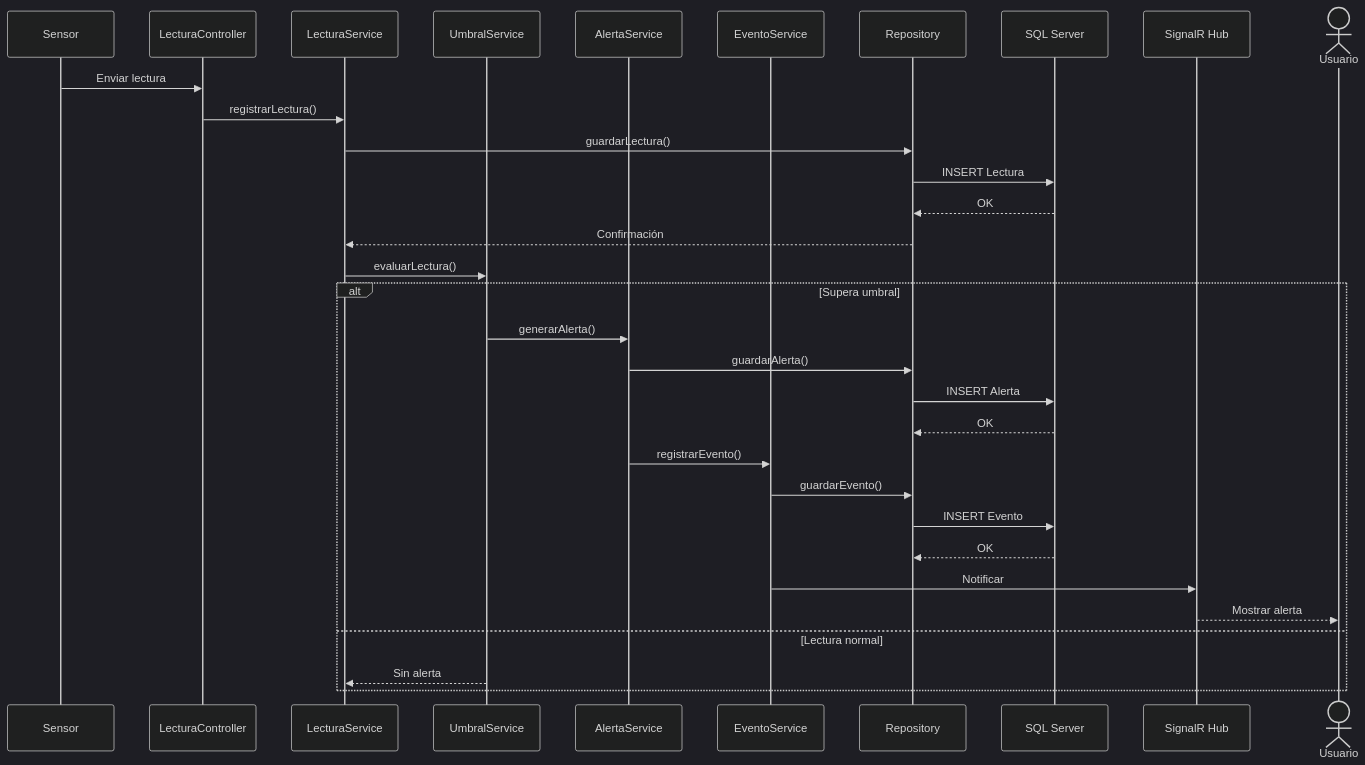
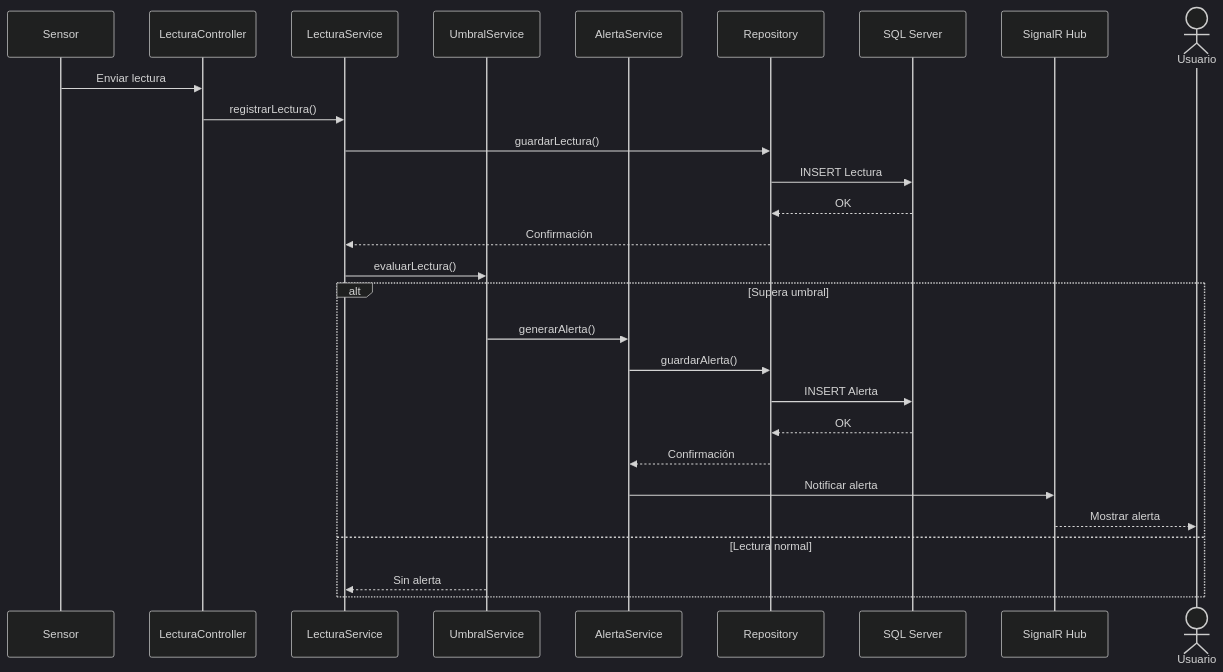
The fifth of 6 diagrams in docs/DOC-08-Diagramas de secuencia.md (acifuinaMar/ClimGuard), drawn with Mermaid (dark theme) before and after one commit. The commit also changed other lines of this file and 15 other files, not shown here.

````diff
--- a/docs/DOC-08-Diagramas de secuencia.md
+++ b/docs/DOC-08-Diagramas de secuencia.md
@@ -187,56 +187,38 @@
 ```mermaid
 sequenceDiagram
 
 participant Sensor
 participant Controller as LecturaController
 participant LecturaService
 participant UmbralService
 participant AlertaService
-participant EventoService
 participant Repository
 participant SQL as SQL Server
 participant Hub as SignalR Hub
 actor Usuario
 
 Sensor->>Controller: Enviar lectura
-
 Controller->>LecturaService: registrarLectura()
 
 LecturaService->>Repository: guardarLectura()
-
 Repository->>SQL: INSERT Lectura
-
 SQL-->>Repository: OK
-
 Repository-->>LecturaService: Confirmación
 
 LecturaService->>UmbralService: evaluarLectura()
 
 alt Supera umbral
-
     UmbralService->>AlertaService: generarAlerta()
 
     AlertaService->>Repository: guardarAlerta()
+    Repository->>SQL: INSERT Alerta
+    SQL-->>Repository: OK
+    Repository-->>AlertaService: Confirmación
 
-    Repository->>SQL: INSERT Alerta
-
-    SQL-->>Repository: OK
-
-    AlertaService->>EventoService: registrarEvento()
-
-    EventoService->>Repository: guardarEvento()
-
-    Repository->>SQL: INSERT Evento
-
-    SQL-->>Repository: OK
-
-    EventoService->>Hub: Notificar
-
+    AlertaService->>Hub: Notificar alerta
     Hub-->>Usuario: Mostrar alerta
 
 else Lectura normal
-
     UmbralService-->>LecturaService: Sin alerta
-
 end
 ```
````
